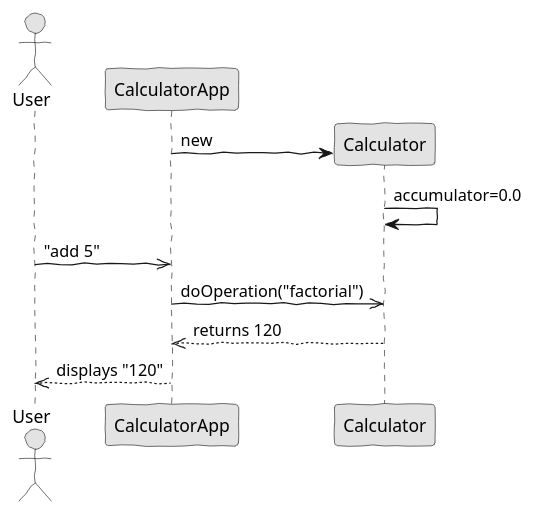
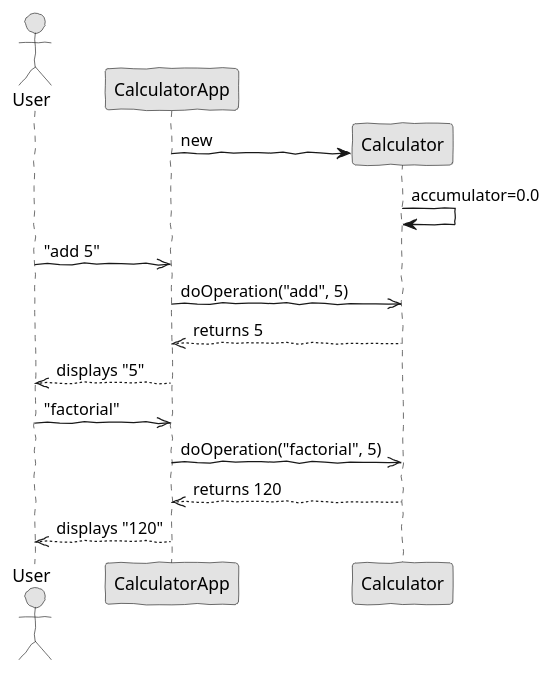
The diagram in src/main/puml/com/twu/calculator/sequence-diagram-factorial.puml (kazi9900/odsoft-exercise1-students), drawn with PlantUML before and after one commit. The commit also changed 9 other files, not shown here.

```diff
--- a/src/main/puml/com/twu/calculator/sequence-diagram-factorial.puml
+++ b/src/main/puml/com/twu/calculator/sequence-diagram-factorial.puml
@@ -1,22 +1,26 @@
 @startuml class-diagram.png
 skinparam handwritten true
 skinparam monochrome true
 skinparam packageStyle rect
 skinparam defaultFontName FG Virgil
 skinparam shadowing false
 
 actor User
 participant CalculatorApp
 participant Calculator
 
 create Calculator
 CalculatorApp -> Calculator : new
 Calculator -> Calculator : accumulator=0.0
 
 User ->> CalculatorApp : "add 5"
-CalculatorApp ->> Calculator : doOperation("factorial")
+CalculatorApp ->> Calculator : doOperation("add", 5)
+CalculatorApp <<-- Calculator : returns 5
+User <<-- CalculatorApp : displays "5"
+User ->> CalculatorApp : "factorial"
+CalculatorApp ->> Calculator : doOperation("factorial", 5)
 CalculatorApp <<-- Calculator : returns 120
 User <<-- CalculatorApp : displays "120"
 
 
 @enduml
```
